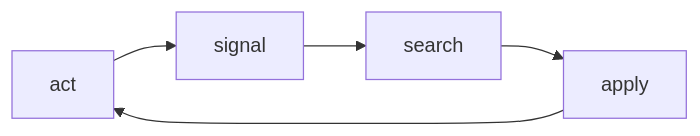
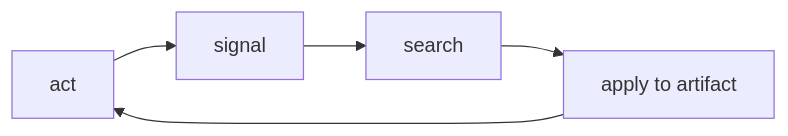
One commit to Peleke/brunnr changed the diagram in docs/skills/signal-card.md. Above: the diagram before and after it, drawn with Mermaid. The commit also changed other lines of this file and 48 other files, not shown here.

````diff
--- a/docs/skills/signal-card.md
+++ b/docs/skills/signal-card.md
@@ -153,4 +203,7 @@
 ```mermaid
 flowchart LR
-  act --> signal --> search --> apply --> act
+  A[act] --> S[signal]
+  S --> R[search]
+  R --> P[apply to artifact]
+  P --> A
 ```
````
